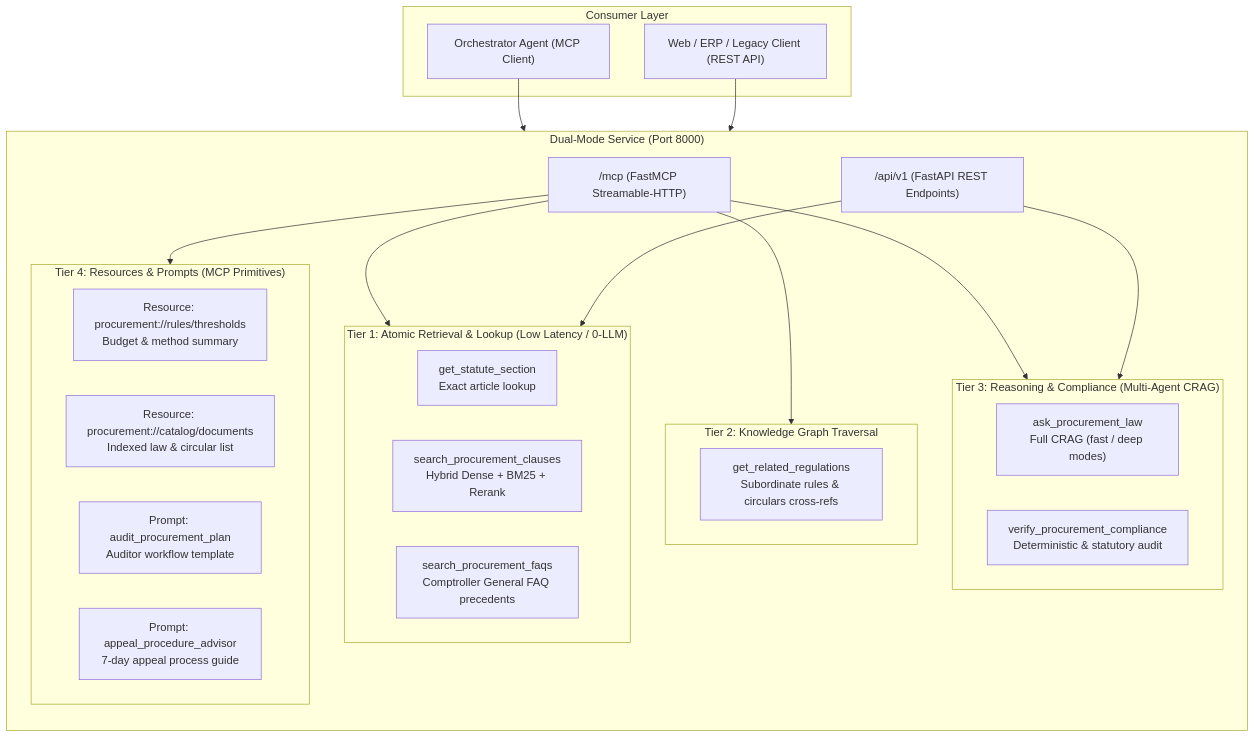
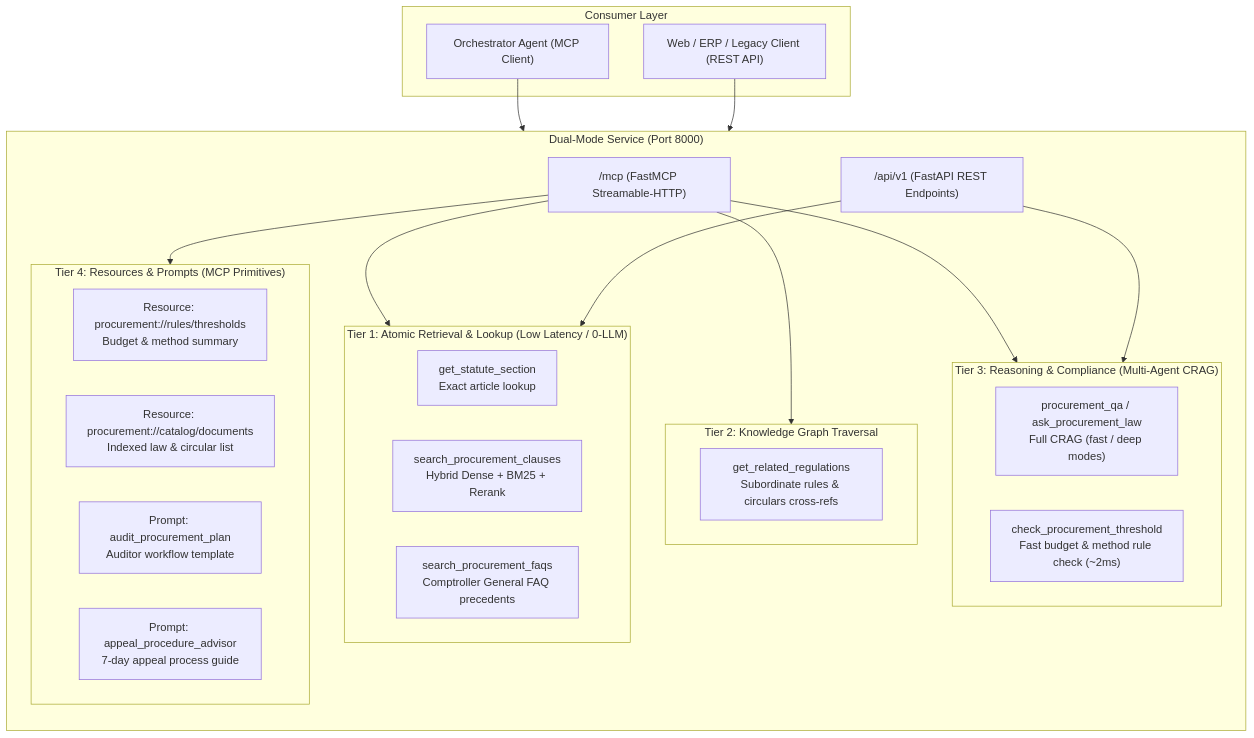
Before and after one commit to PaweekornS/LegalGraphRAG_procurement: the diagram in docs/MCP.md, drawn with Mermaid. The commit also changed other lines of this file and 4 other files, not shown here.

````diff
--- a/docs/MCP.md
+++ b/docs/MCP.md
@@ -11,40 +11,40 @@
 ```mermaid
 flowchart TD
     subgraph CLIENTS["Consumer Layer"]
         ORCH["Orchestrator Agent (MCP Client)"]
         WEB["Web / ERP / Legacy Client (REST API)"]
     end
 
     subgraph SERVER["Dual-Mode Service (Port 8000)"]
         direction TB
         ENDPOINT_MCP["/mcp (FastMCP Streamable-HTTP)"]
         ENDPOINT_REST["/api/v1 (FastAPI REST Endpoints)"]
         
         subgraph T1["Tier 1: Atomic Retrieval & Lookup (Low Latency / 0-LLM)"]
             T1_1["get_statute_section\nExact article lookup"]
             T1_2["search_procurement_clauses\nHybrid Dense + BM25 + Rerank"]
             T1_3["search_procurement_faqs\nComptroller General FAQ precedents"]
         end
 
         subgraph T2["Tier 2: Knowledge Graph Traversal"]
             T2_1["get_related_regulations\nSubordinate rules & circulars cross-refs"]
         end
 
         subgraph T3["Tier 3: Reasoning & Compliance (Multi-Agent CRAG)"]
-            T3_1["ask_procurement_law\nFull CRAG (fast / deep modes)"]
-            T3_2["verify_procurement_compliance\nDeterministic & statutory audit"]
+            T3_1["procurement_qa / ask_procurement_law\nFull CRAG (fast / deep modes)"]
+            T3_2["check_procurement_threshold\nFast budget & method rule check (~2ms)"]
         end
 
         subgraph T4["Tier 4: Resources & Prompts (MCP Primitives)"]
             T4_1["Resource: procurement://rules/thresholds\nBudget & method summary"]
             T4_2["Resource: procurement://catalog/documents\nIndexed law & circular list"]
             T4_3["Prompt: audit_procurement_plan\nAuditor workflow template"]
             T4_4["Prompt: appeal_procedure_advisor\n7-day appeal process guide"]
         end
     end
 
     ORCH --> ENDPOINT_MCP
     WEB --> ENDPOINT_REST
     ENDPOINT_MCP --> T1 & T2 & T3 & T4
     ENDPOINT_REST --> T1 & T3
 ```
````
